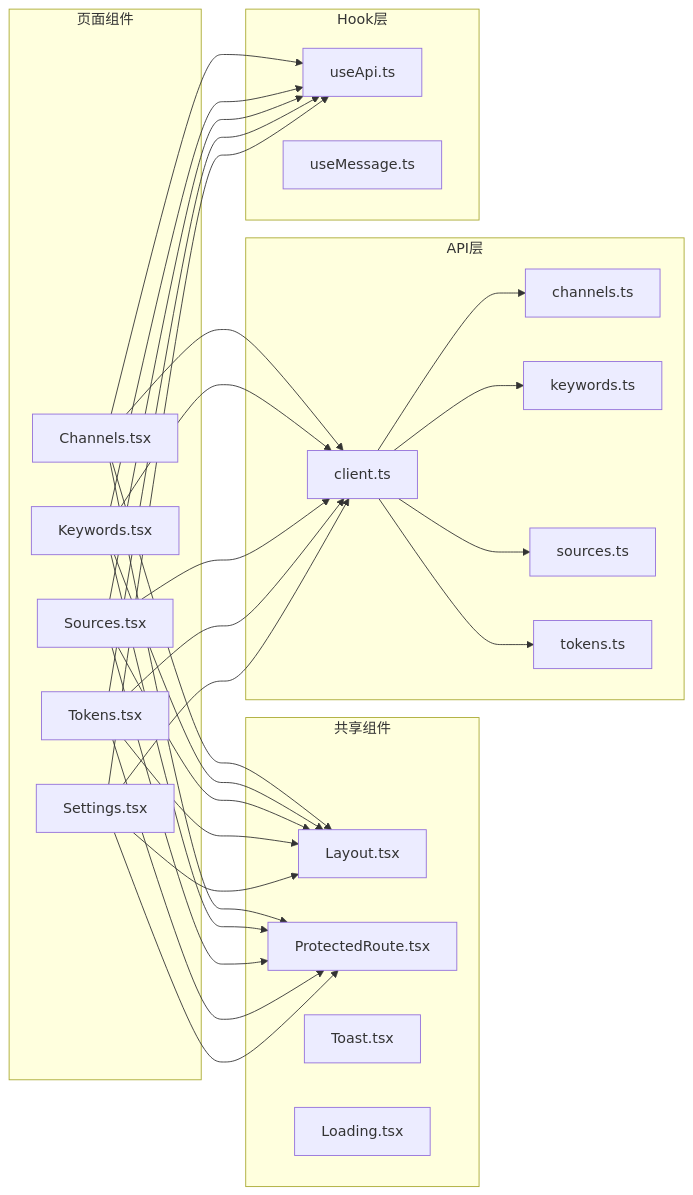
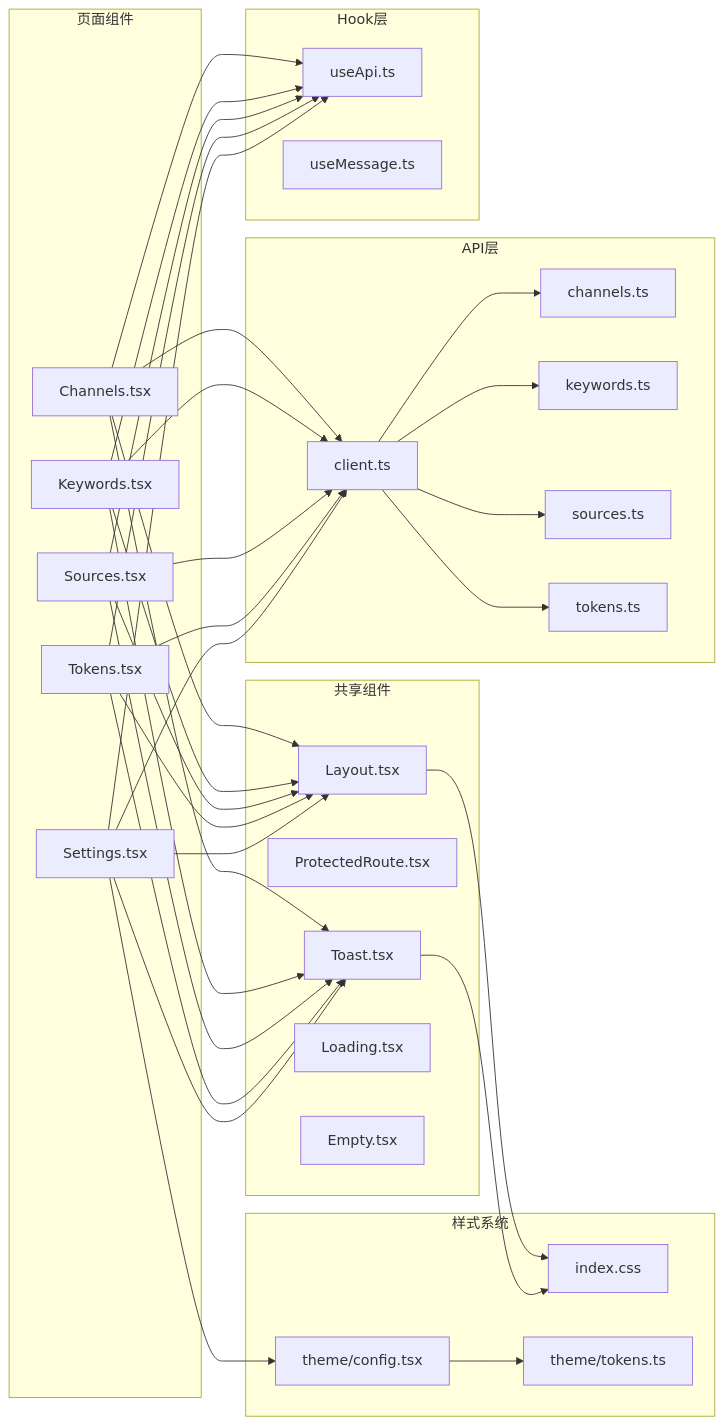
Diagram 12 of 13 in .qoder/repowiki/zh/content/开发指南/前端管理页面规范.md (leimu-hue/AI-Trend-Tool), drawn with Mermaid before and after one commit. The commit also changed other lines of this file and 5 other files, not shown here.

````diff
--- a/.qoder/repowiki/zh/content/开发指南/前端管理页面规范.md
+++ b/.qoder/repowiki/zh/content/开发指南/前端管理页面规范.md
@@ -398,51 +557,61 @@
 ```mermaid
 graph LR
 subgraph "页面组件"
 ChannelsPage["Channels.tsx"]
 KeywordsPage["Keywords.tsx"]
 SourcesPage["Sources.tsx"]
 TokensPage["Tokens.tsx"]
 SettingsPage["Settings.tsx"]
 end
 subgraph "共享组件"
 LayoutComp["Layout.tsx"]
 ProtectedRouteComp["ProtectedRoute.tsx"]
 ToastComp["Toast.tsx"]
 LoadingComp["Loading.tsx"]
+EmptyComp["Empty.tsx"]
+end
+subgraph "样式系统"
+CSSIndex["index.css"]
+ThemeConfig["theme/config.tsx"]
+ThemeTokens["theme/tokens.ts"]
 end
 subgraph "API层"
 APIClient["client.ts"]
 ChannelsAPI["channels.ts"]
 KeywordsAPI["keywords.ts"]
 SourcesAPI["sources.ts"]
 TokensAPI["tokens.ts"]
 end
 subgraph "Hook层"
 UseApiHook["useApi.ts"]
 UseMessageHook["useMessage.ts"]
 end
 ChannelsPage --> LayoutComp
 KeywordsPage --> LayoutComp
 SourcesPage --> LayoutComp
 TokensPage --> LayoutComp
 SettingsPage --> LayoutComp
-ChannelsPage --> ProtectedRouteComp
-KeywordsPage --> ProtectedRouteComp
-SourcesPage --> ProtectedRouteComp
-TokensPage --> ProtectedRouteComp
-SettingsPage --> ProtectedRouteComp
+ChannelsPage --> ToastComp
+KeywordsPage --> ToastComp
+SourcesPage --> ToastComp
+TokensPage --> ToastComp
+SettingsPage --> ToastComp
 ChannelsPage --> APIClient
 KeywordsPage --> APIClient
 SourcesPage --> APIClient
 TokensPage --> APIClient
 SettingsPage --> APIClient
 APIClient --> ChannelsAPI
 APIClient --> KeywordsAPI
 APIClient --> SourcesAPI
 APIClient --> TokensAPI
 ChannelsPage --> UseApiHook
 KeywordsPage --> UseApiHook
 SourcesPage --> UseApiHook
 TokensPage --> UseApiHook
 SettingsPage --> UseApiHook
+LayoutComp --> CSSIndex
+ToastComp --> CSSIndex
+SettingsPage --> ThemeConfig
+ThemeConfig --> ThemeTokens
 ```
````
